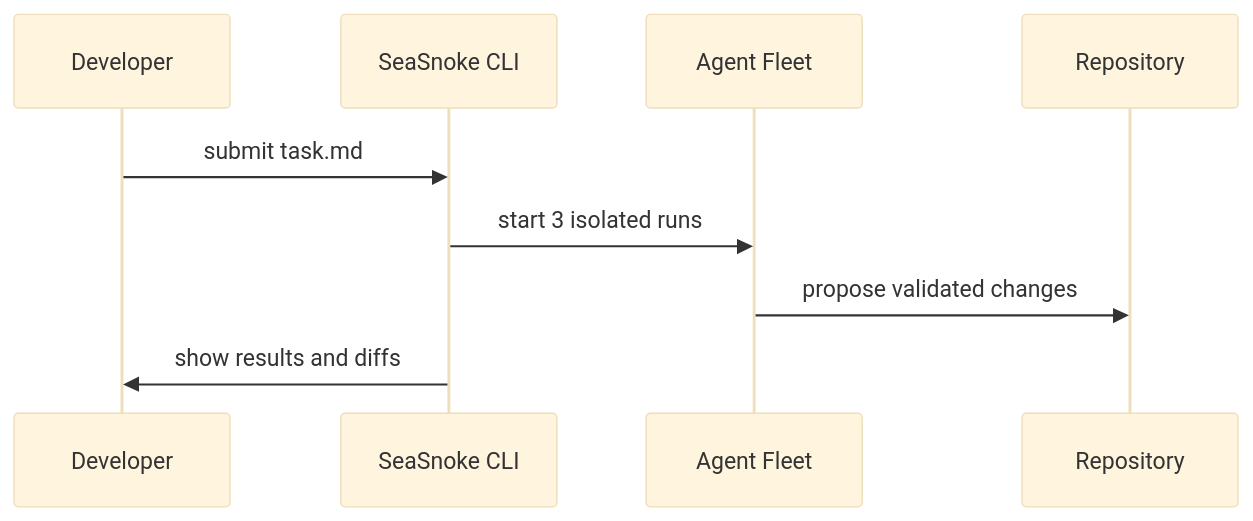
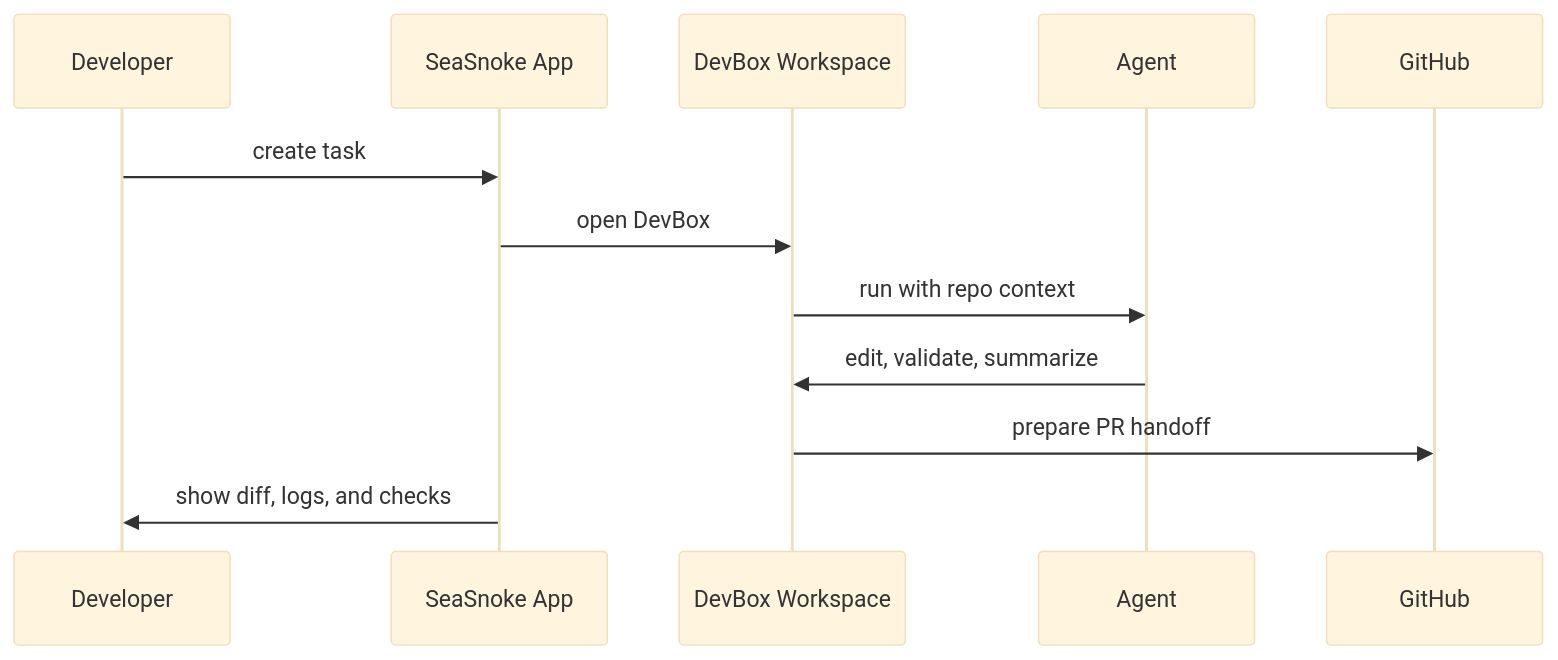
Before and after one commit to seasnoke/docs: the diagram in content/docs/getting-started/quickstart.mdx, drawn with Mermaid (base theme). The commit also changed other lines of this file and 11 other files, not shown here.

````diff
--- a/content/docs/getting-started/quickstart.mdx
+++ b/content/docs/getting-started/quickstart.mdx
@@ -51,12 +51,15 @@
 ```mermaid
 sequenceDiagram
   participant Dev as Developer
-  participant CLI as SeaSnoke CLI
-  participant Agents as Agent Fleet
-  participant Repo as Repository
+  participant App as SeaSnoke App
+  participant Workspace as DevBox Workspace
+  participant Agent
+  participant GitHub
 
-  Dev->>CLI: submit task.md
-  CLI->>Agents: start 3 isolated runs
-  Agents->>Repo: propose validated changes
-  CLI->>Dev: show results and diffs
+  Dev->>App: create task
+  App->>Workspace: open DevBox
+  Workspace->>Agent: run with repo context
+  Agent->>Workspace: edit, validate, summarize
+  Workspace->>GitHub: prepare PR handoff
+  App->>Dev: show diff, logs, and checks
 ```
````
